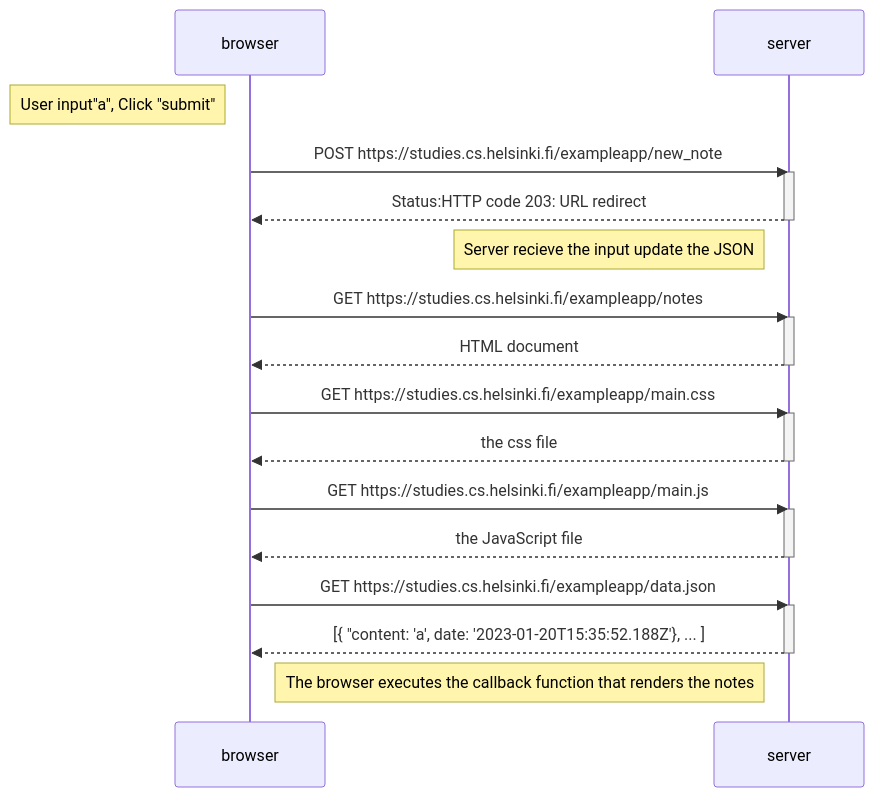
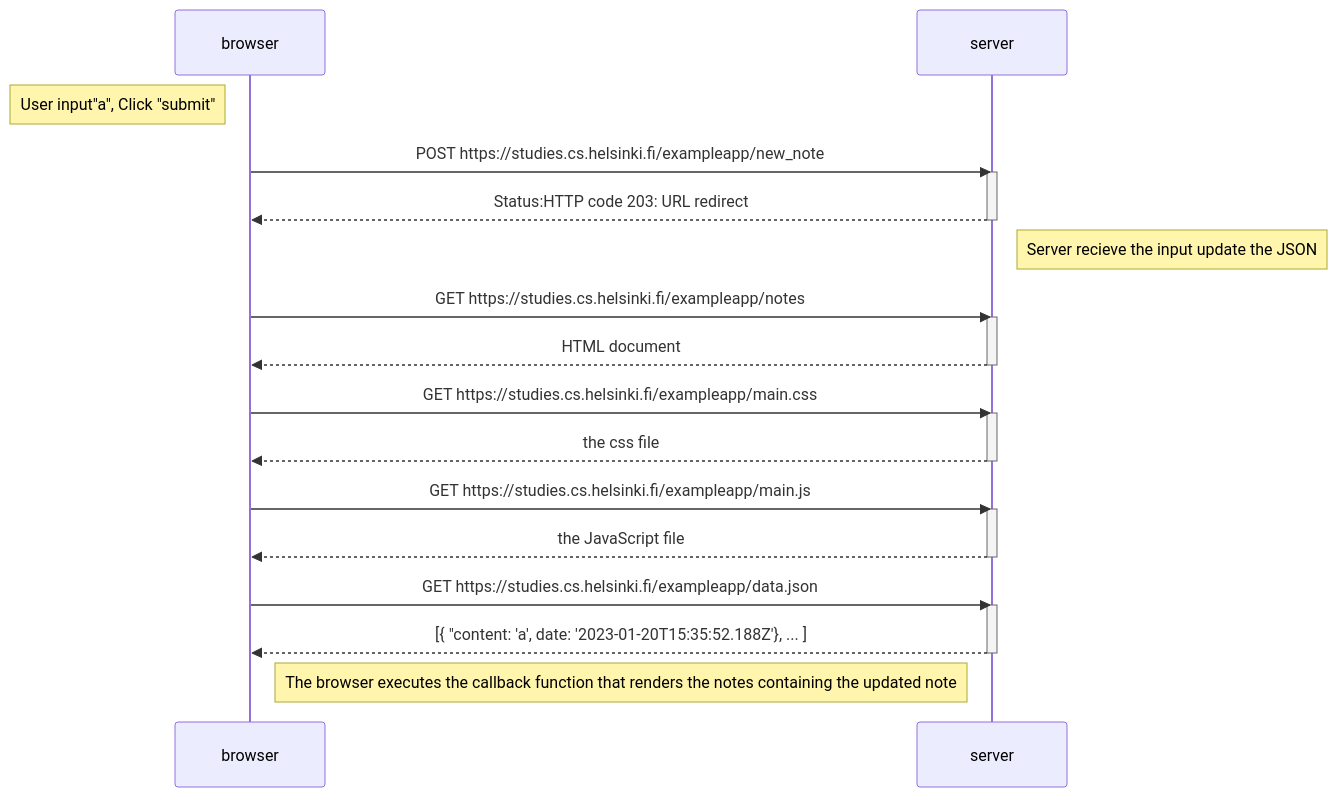
Before and after one commit to junrudong/fullstack-hy2020: the diagram in Part0/Part0_Excercise4.md, drawn with Mermaid.

````diff
--- a/Part0/Part0_Excercise4.md
+++ b/Part0/Part0_Excercise4.md
@@ -3,37 +3,37 @@
 ```mermaid
 sequenceDiagram
 
     participant browser
     participant server
     
     Note left of browser: User input"a", Click "submit"
     browser->>server: POST https://studies.cs.helsinki.fi/exampleapp/new_note
     activate server
     server-->>browser: Status:HTTP code 203: URL redirect
     deactivate server
 
    
-    Note left of server: Server recieve the input update the JSON
+    Note right of server: Server recieve the input update the JSON
 
     browser->>server: GET https://studies.cs.helsinki.fi/exampleapp/notes
     activate server
     server-->>browser: HTML document
     deactivate server
     
     browser->>server: GET https://studies.cs.helsinki.fi/exampleapp/main.css
     activate server
     server-->>browser: the css file
     deactivate server
     
     browser->>server: GET https://studies.cs.helsinki.fi/exampleapp/main.js
     activate server
     server-->>browser: the JavaScript file
     deactivate server
         
     browser->>server: GET https://studies.cs.helsinki.fi/exampleapp/data.json
     activate server
     server-->>browser: [{ "content: 'a', date: '2023-01-20T15:35:52.188Z'}, ... ]
     deactivate server       
 
-    Note right of browser: The browser executes the callback function that renders the notes
+    Note right of browser: The browser executes the callback function that renders the notes containing the updated note
 ```
````
